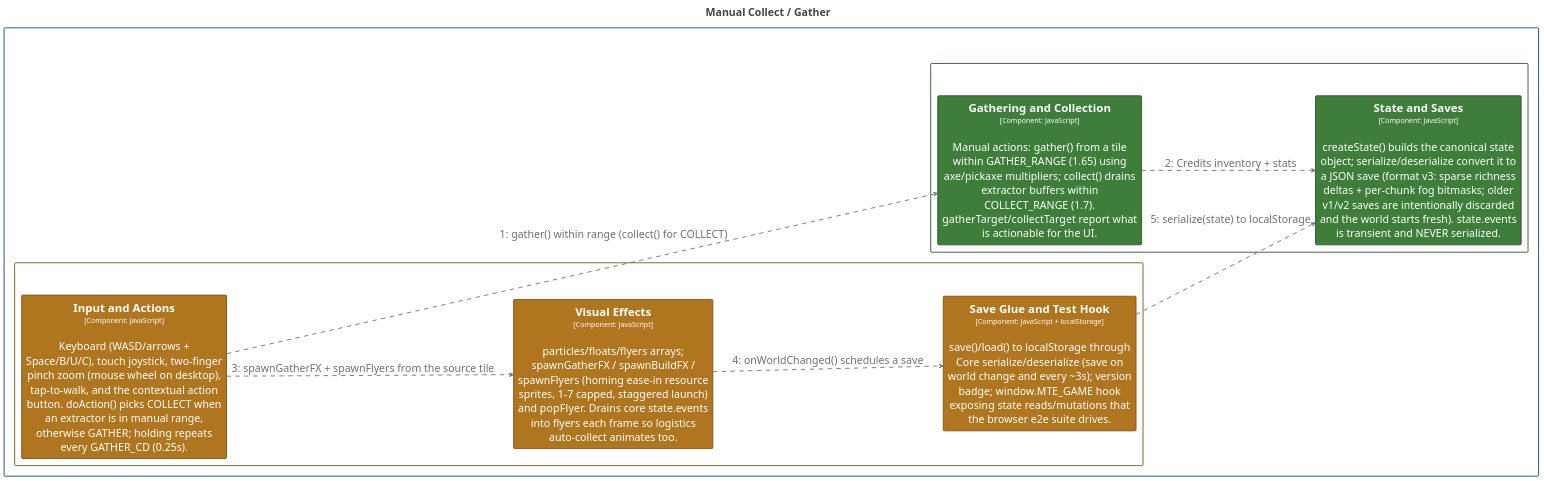
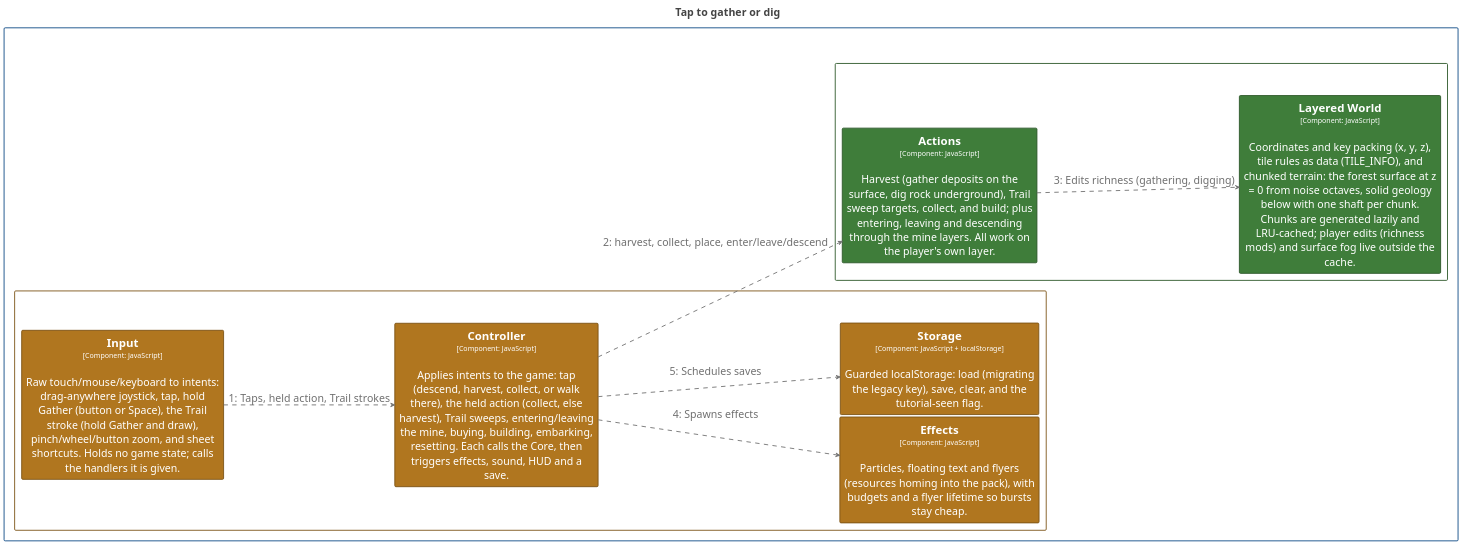
The diagram in structurizr/diagrams/CollectFlow.puml (bitkojine/more-than-enough), drawn with PlantUML before and after one commit. The commit also changed 67 other files, not shown here.

First line of the commit message:
v0.19.0: layered x,y,z world and modular rewrite

```diff
--- a/structurizr/diagrams/CollectFlow.puml
+++ b/structurizr/diagrams/CollectFlow.puml
@@ -2,103 +2,104 @@
 @startuml
-title <size:24>Manual Collect / Gather</size>
+title <size:24>Tap to gather or dig</size>
 
 set separator none
 left to right direction
 skinparam ranksep 20
 skinparam nodesep 5
 hide stereotype
 
 <style>
   root {
     BackgroundColor: #ffffff;
     FontColor: #444444;
   }
   // Element,Component,Core Engine
   .Element-RWxlbWVudCxDb21wb25lbnQsQ29yZSBFbmdpbmU= {
     BackgroundColor: #3f7d3a;
     LineColor: #2c5728;
     LineStyle: 0;
     LineThickness: 2;
     FontColor: #ffffff;
     FontSize: 24;
     HorizontalAlignment: center;
     Shadowing: 0;
     MaximumWidth: 450;
   }
   // Element,Component,Presentation
   .Element-RWxlbWVudCxDb21wb25lbnQsUHJlc2VudGF0aW9u {
     BackgroundColor: #b0761f;
     LineColor: #7b5215;
     LineStyle: 0;
     LineThickness: 2;
     FontColor: #ffffff;
     FontSize: 24;
     HorizontalAlignment: center;
     Shadowing: 0;
     MaximumWidth: 450;
   }
   // Relationship
   .Relationship-UmVsYXRpb25zaGlw {
     LineThickness: 2;
     LineStyle: 10-10;
     LineColor: #707070;
     FontColor: #707070;
     FontSize: 24;
     MaximumWidth: 200;
   }
   // MORE THAN ENOUGH
   .Boundary-TU9SRSBUSEFOIEVOT1VHSA== {
     BackgroundColor: #ffffff;
     LineColor: #0b4884;
     LineStyle: 0;
     LineThickness: 2;
     FontColor: #ffffff;
     FontSize: 24;
     HorizontalAlignment: center;
     Shadowing: 0;
   }
   // Simulation Core
   .Boundary-U2ltdWxhdGlvbiBDb3Jl {
     BackgroundColor: #ffffff;
     LineColor: #2c5728;
     LineStyle: 0;
     LineThickness: 2;
     FontColor: #ffffff;
     FontSize: 24;
     HorizontalAlignment: center;
     Shadowing: 0;
   }
   // Web Application
   .Boundary-V2ViIEFwcGxpY2F0aW9u {
     BackgroundColor: #ffffff;
     LineColor: #7b5215;
     LineStyle: 0;
     LineThickness: 2;
     FontColor: #ffffff;
     FontSize: 24;
     HorizontalAlignment: center;
     Shadowing: 0;
   }
 </style>
 
 rectangle "MORE THAN ENOUGH\n<size:16>[Software System]</size>" <<Boundary-TU9SRSBUSEFOIEVOT1VHSA==>> {
-  rectangle "Simulation Core\n<size:16>[Container: JavaScript (ES5, browser + Node)]</size>" <<Boundary-U2ltdWxhdGlvbiBDb3Jl>> {
-    rectangle "==State and Saves\n<size:16>[Component: JavaScript]</size>\n\ncreateState() builds the canonical state object; serialize/deserialize convert it to a JSON save (format v3: sparse richness deltas + per-chunk fog bitmasks; older v1/v2 saves are intentionally discarded and the world starts fresh). state.events is transient and NEVER serialized." <<Element-RWxlbWVudCxDb21wb25lbnQsQ29yZSBFbmdpbmU=>> as MORETHANENOUGH.SimulationCore.StateandSaves
-    rectangle "==Gathering and Collection\n<size:16>[Component: JavaScript]</size>\n\nManual actions: gather() from a tile within GATHER_RANGE (1.65) using axe/pickaxe multipliers; collect() drains extractor buffers within COLLECT_RANGE (1.7). gatherTarget/collectTarget report what is actionable for the UI." <<Element-RWxlbWVudCxDb21wb25lbnQsQ29yZSBFbmdpbmU=>> as MORETHANENOUGH.SimulationCore.GatheringandCollection
+  rectangle "Simulation Core\n<size:16>[Container: JavaScript modules (browser + Node)]</size>" <<Boundary-U2ltdWxhdGlvbiBDb3Jl>> {
+    rectangle "==Layered World\n<size:16>[Component: JavaScript]</size>\n\nCoordinates and key packing (x, y, z), tile rules as data (TILE_INFO), and chunked terrain: the forest surface at z = 0 from noise octaves, solid geology below with one shaft per chunk. Chunks are generated lazily and LRU-cached; player edits (richness mods) and surface fog live outside the cache." <<Element-RWxlbWVudCxDb21wb25lbnQsQ29yZSBFbmdpbmU=>> as MORETHANENOUGH.SimulationCore.LayeredWorld
+    rectangle "==Actions\n<size:16>[Component: JavaScript]</size>\n\nHarvest (gather deposits on the surface, dig rock underground), Trail sweep targets, collect, and build; plus entering, leaving and descending through the mine layers. All work on the player's own layer." <<Element-RWxlbWVudCxDb21wb25lbnQsQ29yZSBFbmdpbmU=>> as MORETHANENOUGH.SimulationCore.Actions
   }
 
-  rectangle "Web Application\n<size:16>[Container: HTML/CSS/JavaScript]</size>" <<Boundary-V2ViIEFwcGxpY2F0aW9u>> {
-    rectangle "==Save Glue and Test Hook\n<size:16>[Component: JavaScript + localStorage]</size>\n\nsave()/load() to localStorage through Core serialize/deserialize (save on world change and every ~3s); version badge; window.MTE_GAME hook exposing state reads/mutations that the browser e2e suite drives." <<Element-RWxlbWVudCxDb21wb25lbnQsUHJlc2VudGF0aW9u>> as MORETHANENOUGH.WebApplication.SaveGlueandTestHook
-    rectangle "==Input and Actions\n<size:16>[Component: JavaScript]</size>\n\nKeyboard (WASD/arrows + Space/B/U/C), touch joystick, two-finger pinch zoom (mouse wheel on desktop), tap-to-walk, and the contextual action button. doAction() picks COLLECT when an extractor is in manual range, otherwise GATHER; holding repeats every GATHER_CD (0.25s)." <<Element-RWxlbWVudCxDb21wb25lbnQsUHJlc2VudGF0aW9u>> as MORETHANENOUGH.WebApplication.InputandActions
-    rectangle "==Visual Effects\n<size:16>[Component: JavaScript]</size>\n\nparticles/floats/flyers arrays; spawnGatherFX / spawnBuildFX / spawnFlyers (homing ease-in resource sprites, 1-7 capped, staggered launch) and popFlyer. Drains core state.events into flyers each frame so logistics auto-collect animates too." <<Element-RWxlbWVudCxDb21wb25lbnQsUHJlc2VudGF0aW9u>> as MORETHANENOUGH.WebApplication.VisualEffects
+  rectangle "Web Application\n<size:16>[Container: HTML/CSS/JavaScript modules]</size>" <<Boundary-V2ViIEFwcGxpY2F0aW9u>> {
+    rectangle "==Effects\n<size:16>[Component: JavaScript]</size>\n\nParticles, floating text and flyers (resources homing into the pack), with budgets and a flyer lifetime so bursts stay cheap." <<Element-RWxlbWVudCxDb21wb25lbnQsUHJlc2VudGF0aW9u>> as MORETHANENOUGH.WebApplication.Effects
+    rectangle "==Storage\n<size:16>[Component: JavaScript + localStorage]</size>\n\nGuarded localStorage: load (migrating the legacy key), save, clear, and the tutorial-seen flag." <<Element-RWxlbWVudCxDb21wb25lbnQsUHJlc2VudGF0aW9u>> as MORETHANENOUGH.WebApplication.Storage
+    rectangle "==Input\n<size:16>[Component: JavaScript]</size>\n\nRaw touch/mouse/keyboard to intents: drag-anywhere joystick, tap, hold Gather (button or Space), the Trail stroke (hold Gather and draw), pinch/wheel/button zoom, and sheet shortcuts. Holds no game state; calls the handlers it is given." <<Element-RWxlbWVudCxDb21wb25lbnQsUHJlc2VudGF0aW9u>> as MORETHANENOUGH.WebApplication.Input
+    rectangle "==Controller\n<size:16>[Component: JavaScript]</size>\n\nApplies intents to the game: tap (descend, harvest, collect, or walk there), the held action (collect, else harvest), Trail sweeps, entering/leaving the mine, buying, building, embarking, resetting. Each calls the Core, then triggers effects, sound, HUD and a save." <<Element-RWxlbWVudCxDb21wb25lbnQsUHJlc2VudGF0aW9u>> as MORETHANENOUGH.WebApplication.Controller
   }
 
 }
 
-MORETHANENOUGH.WebApplication.InputandActions --> MORETHANENOUGH.SimulationCore.GatheringandCollection <<Relationship-UmVsYXRpb25zaGlw>> : "1: gather() within range (collect() for COLLECT)"
-MORETHANENOUGH.SimulationCore.GatheringandCollection --> MORETHANENOUGH.SimulationCore.StateandSaves <<Relationship-UmVsYXRpb25zaGlw>> : "2: Credits inventory + stats"
-MORETHANENOUGH.WebApplication.InputandActions --> MORETHANENOUGH.WebApplication.VisualEffects <<Relationship-UmVsYXRpb25zaGlw>> : "3: spawnGatherFX + spawnFlyers from the source tile"
-MORETHANENOUGH.WebApplication.VisualEffects --> MORETHANENOUGH.WebApplication.SaveGlueandTestHook <<Relationship-UmVsYXRpb25zaGlw>> : "4: onWorldChanged() schedules a save"
-MORETHANENOUGH.WebApplication.SaveGlueandTestHook --> MORETHANENOUGH.SimulationCore.StateandSaves <<Relationship-UmVsYXRpb25zaGlw>> : "5: serialize(state) to localStorage"
+MORETHANENOUGH.WebApplication.Input --> MORETHANENOUGH.WebApplication.Controller <<Relationship-UmVsYXRpb25zaGlw>> : "1: Taps, held action, Trail strokes"
+MORETHANENOUGH.WebApplication.Controller --> MORETHANENOUGH.SimulationCore.Actions <<Relationship-UmVsYXRpb25zaGlw>> : "2: harvest, collect, place, enter/leave/descend"
+MORETHANENOUGH.SimulationCore.Actions --> MORETHANENOUGH.SimulationCore.LayeredWorld <<Relationship-UmVsYXRpb25zaGlw>> : "3: Edits richness (gathering, digging)"
+MORETHANENOUGH.WebApplication.Controller --> MORETHANENOUGH.WebApplication.Effects <<Relationship-UmVsYXRpb25zaGlw>> : "4: Spawns effects"
+MORETHANENOUGH.WebApplication.Controller --> MORETHANENOUGH.WebApplication.Storage <<Relationship-UmVsYXRpb25zaGlw>> : "5: Schedules saves"
 
 @enduml
```
